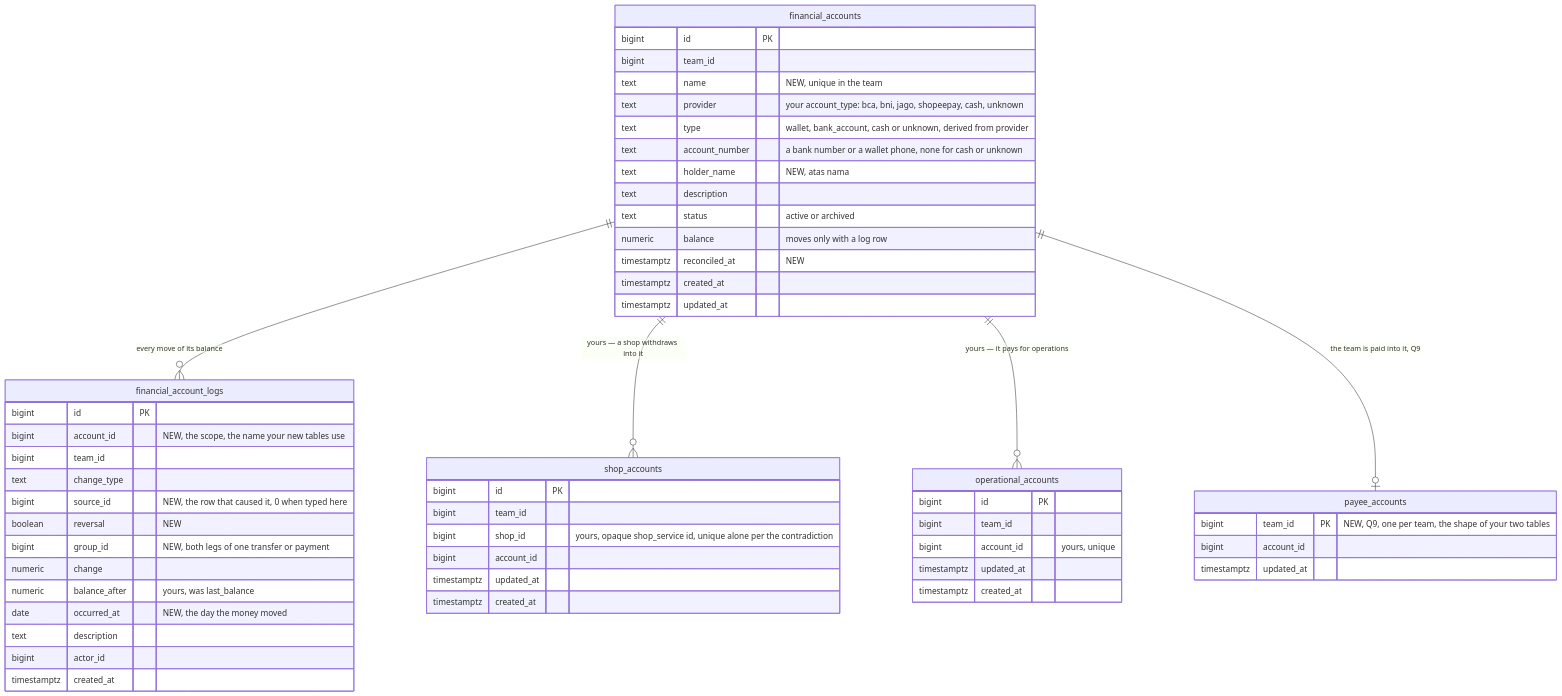
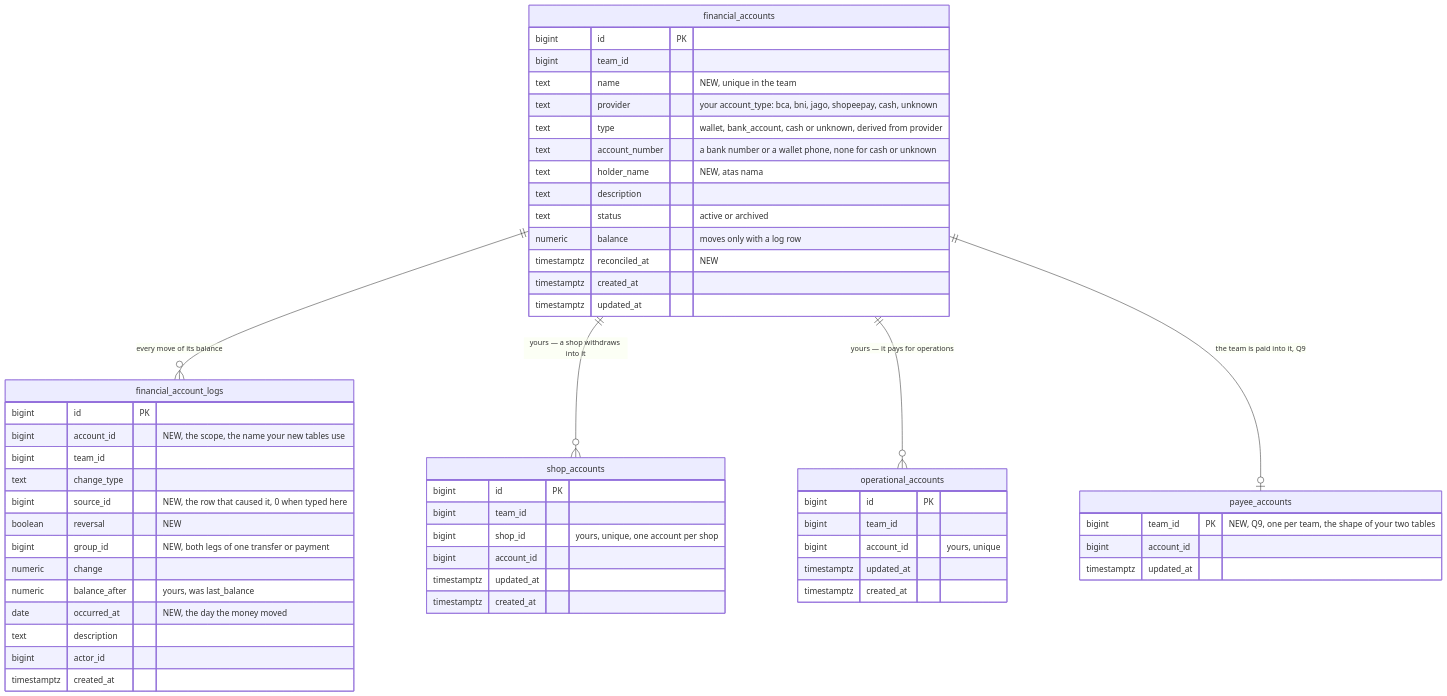
One commit to pdcgo/warehouse_revamp changed the fifth of 6 diagrams in docs/business/financial_account/context_clarify.md. Above: the diagram before and after it, drawn with Mermaid. The commit also changed other lines of this file and 3 other files, not shown here.

First line of the commit message:
financial_account: record a-shop-has-one-account - the shop-key contradiction closes

````diff
--- a/docs/business/financial_account/context_clarify.md
+++ b/docs/business/financial_account/context_clarify.md
@@ -228,57 +229,57 @@
 ```mermaid
 erDiagram
   financial_accounts ||--o{ financial_account_logs : "every move of its balance"
   financial_accounts ||--o{ shop_accounts : "yours — a shop withdraws into it"
   financial_accounts ||--o{ operational_accounts : "yours — it pays for operations"
   financial_accounts ||--o| payee_accounts : "the team is paid into it, Q9"
   financial_accounts {
     bigint id PK
     bigint team_id
     text name "NEW, unique in the team"
     text provider "your account_type: bca, bni, jago, shopeepay, cash, unknown"
     text type "wallet, bank_account, cash or unknown, derived from provider"
     text account_number "a bank number or a wallet phone, none for cash or unknown"
     text holder_name "NEW, atas nama"
     text description
     text status "active or archived"
     numeric balance "moves only with a log row"
     timestamptz reconciled_at "NEW"
     timestamptz created_at
     timestamptz updated_at
   }
   financial_account_logs {
     bigint id PK
     bigint account_id "NEW, the scope, the name your new tables use"
     bigint team_id
     text change_type
     bigint source_id "NEW, the row that caused it, 0 when typed here"
     boolean reversal "NEW"
     bigint group_id "NEW, both legs of one transfer or payment"
     numeric change
     numeric balance_after "yours, was last_balance"
     date occurred_at "NEW, the day the money moved"
     text description
     bigint actor_id
     timestamptz created_at
   }
   shop_accounts {
     bigint id PK
     bigint team_id
-    bigint shop_id "yours, opaque shop_service id, unique alone per the contradiction"
+    bigint shop_id "yours, unique, one account per shop"
     bigint account_id
     timestamptz updated_at
     timestamptz created_at
   }
   operational_accounts {
     bigint id PK
     bigint team_id
     bigint account_id "yours, unique"
     timestamptz updated_at
     timestamptz created_at
   }
   payee_accounts {
     bigint team_id PK "NEW, Q9, one per team, the shape of your two tables"
     bigint account_id
     timestamptz updated_at
   }
 ```
````
